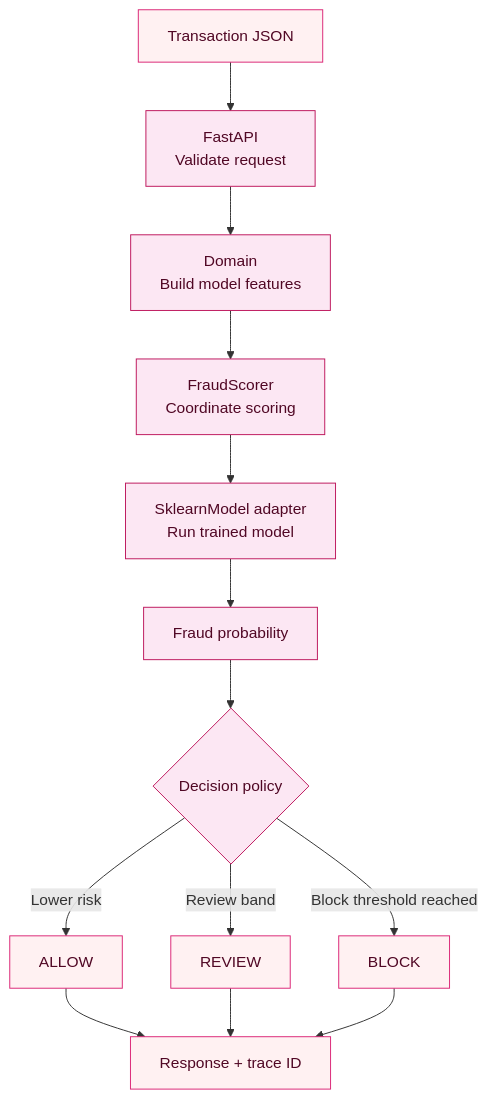
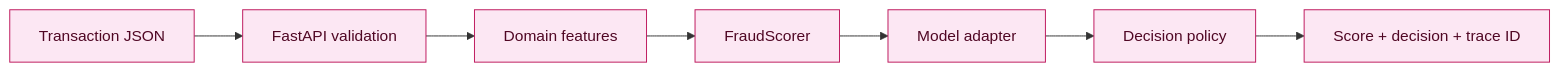
One commit to jnjnmaizi/JanaAlhuamizi_SDA-AIE-113_WorkShop changed the diagram in README.md. Above: the diagram before and after it, drawn with Mermaid. The commit also changed other lines of this file and 18 other files, not shown here.

````diff
--- a/README.md
+++ b/README.md
@@ -46,19 +105,11 @@
-~~~mermaid
-flowchart TD
-    A["Transaction JSON"] --> B["FastAPI<br/>Validate request"]
-    B --> C["Domain<br/>Build model features"]
-    C --> D["FraudScorer<br/>Coordinate scoring"]
-    D --> E["SklearnModel adapter<br/>Run trained model"]
-    E --> F["Fraud probability"]
-    F --> G{"Decision policy"}
-    G -->|"Lower risk"| H["ALLOW"]
-    G -->|"Review band"| I["REVIEW"]
-    G -->|"Block threshold reached"| J["BLOCK"]
-    H --> K["Response + trace ID"]
-    I --> K
-    J --> K
+```mermaid
+flowchart LR
+    A[Transaction JSON] --> B[FastAPI validation]
+    B --> C[Domain features]
+    C --> D[FraudScorer]
+    D --> E[Model adapter]
+    E --> F[Decision policy]
+    F --> G[Score + decision + trace ID]
     classDef pink fill:#FCE7F3,stroke:#BE185D,color:#500724;
-    classDef pale fill:#FFF1F2,stroke:#DB2777,color:#500724;
-    class B,C,D,E,F,G pink;
-    class A,H,I,J,K pale;
-~~~
+    class A,B,C,D,E,F,G pink;
+```
````
